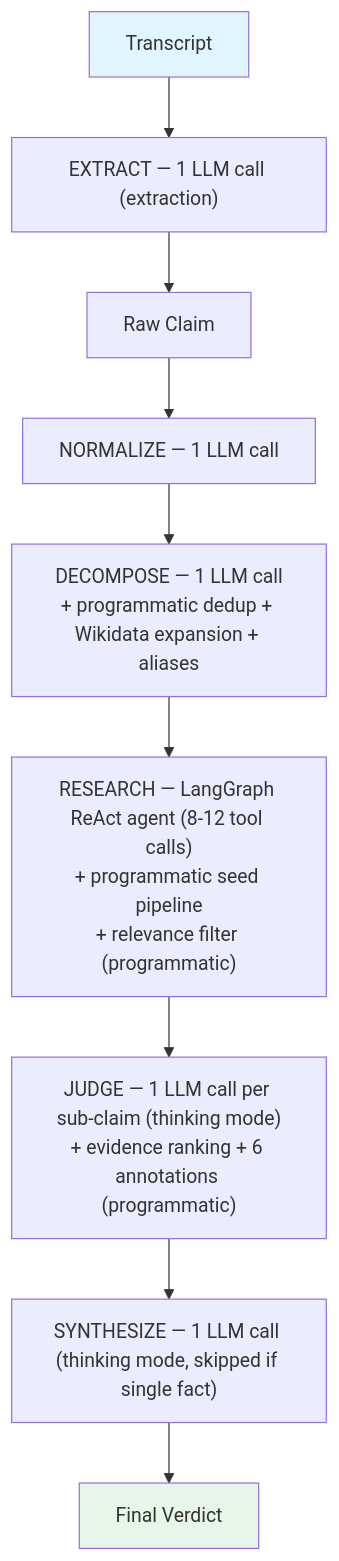
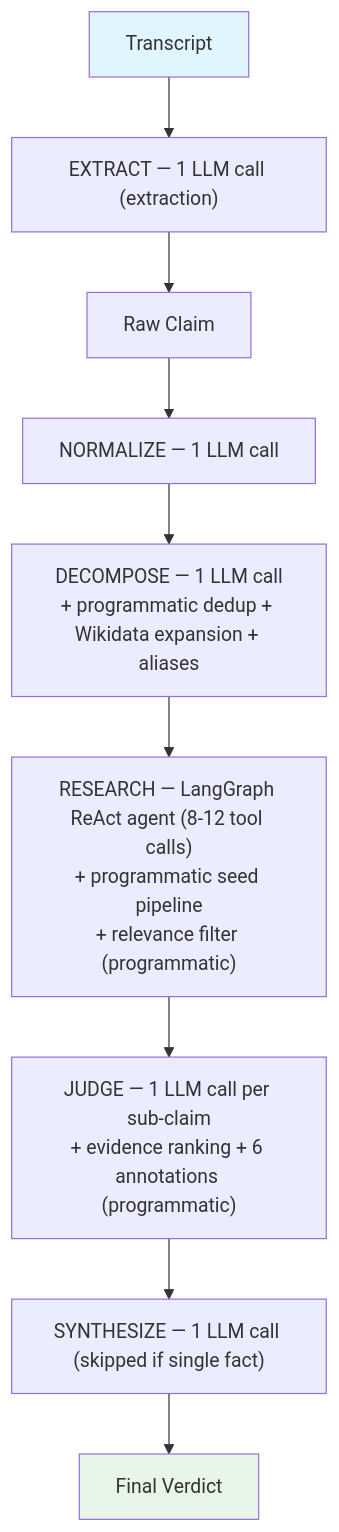
The first of 2 diagrams in docs/llm-calls.md (vedantadhobley/spin-cycle), drawn with Mermaid before and after one commit. The commit also changed 4 other files, not shown here.

Commit message:
docs: fix remaining stale thinking mode references in diagrams and comments

````diff
--- a/docs/llm-calls.md
+++ b/docs/llm-calls.md
@@ -11,14 +11,14 @@
 ```mermaid
 flowchart TD
     T[Transcript] --> EXT["EXTRACT — 1 LLM call (extraction)"]
     EXT --> RAW[Raw Claim]
     RAW --> NORM["NORMALIZE — 1 LLM call"]
     NORM --> DEC["DECOMPOSE — 1 LLM call\n+ programmatic dedup + Wikidata expansion + aliases"]
     DEC --> RES["RESEARCH — LangGraph ReAct agent (8-12 tool calls)\n+ programmatic seed pipeline\n+ relevance filter (programmatic)"]
-    RES --> JDG["JUDGE — 1 LLM call per sub-claim (thinking mode)\n+ evidence ranking + 6 annotations (programmatic)"]
-    JDG --> SYN["SYNTHESIZE — 1 LLM call (thinking mode, skipped if single fact)"]
+    RES --> JDG["JUDGE — 1 LLM call per sub-claim\n+ evidence ranking + 6 annotations (programmatic)"]
+    JDG --> SYN["SYNTHESIZE — 1 LLM call (skipped if single fact)"]
     SYN --> V[Final Verdict]
 
     style T fill:#e1f5fe
     style V fill:#e8f5e9
 ```
````
